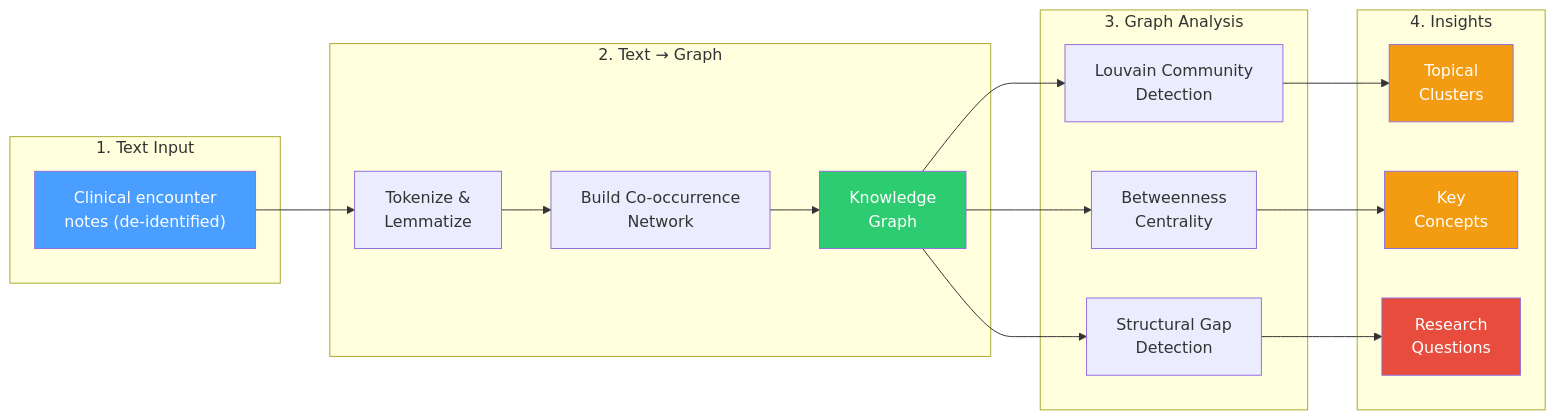
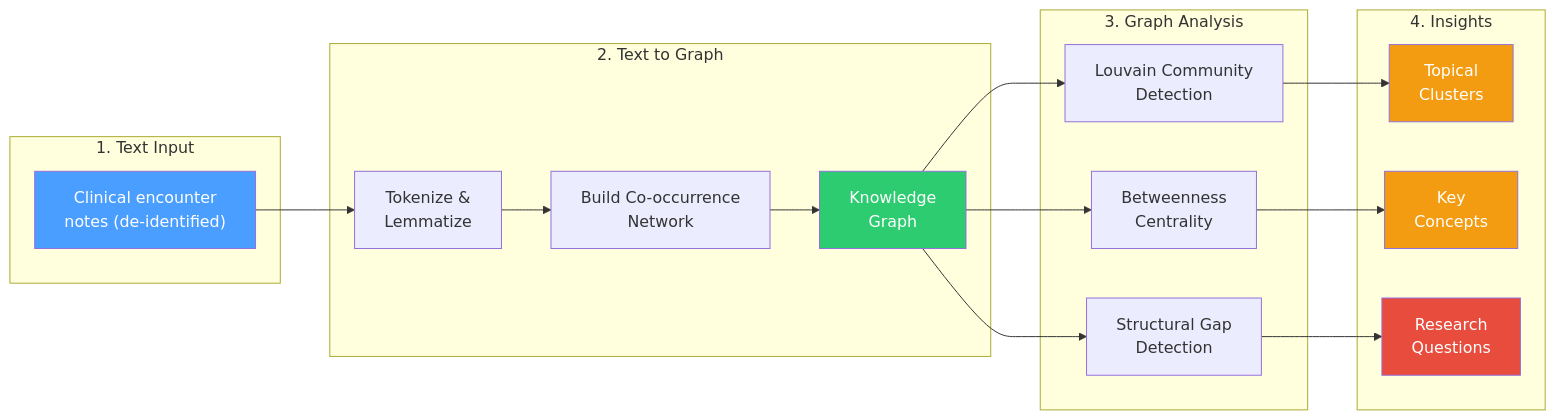
The first of 2 diagrams in docs/experiments/41-InfraNodus-Developer-Tutorial.md (ammar-utexas/demo), drawn with Mermaid before and after one commit. The commit also changed other lines of this file and 3 other files, not shown here.

````diff
--- a/docs/experiments/41-InfraNodus-Developer-Tutorial.md
+++ b/docs/experiments/41-InfraNodus-Developer-Tutorial.md
@@ -48,35 +48,35 @@
 ```mermaid
 flowchart LR
     subgraph Input["1. Text Input"]
         TEXT["Clinical encounter<br/>notes (de-identified)"]
     end
 
-    subgraph Transform["2. Text → Graph"]
+    subgraph Transform["2. Text to Graph"]
         TOK["Tokenize &<br/>Lemmatize"]
         COOC["Build Co-occurrence<br/>Network"]
         GRAPH["Knowledge<br/>Graph"]
     end
 
     subgraph Analyze["3. Graph Analysis"]
         LOUV["Louvain Community<br/>Detection"]
         CENT["Betweenness<br/>Centrality"]
         GAPS["Structural Gap<br/>Detection"]
     end
 
     subgraph Output["4. Insights"]
         CLUST["Topical<br/>Clusters"]
         KEY["Key<br/>Concepts"]
         QUEST["Research<br/>Questions"]
     end
 
     TEXT --> TOK --> COOC --> GRAPH
     GRAPH --> LOUV --> CLUST
     GRAPH --> CENT --> KEY
     GRAPH --> GAPS --> QUEST
 
     style TEXT fill:#4a9eff,color:#fff
     style GRAPH fill:#2ecc71,color:#fff
     style CLUST fill:#f39c12,color:#fff
     style KEY fill:#f39c12,color:#fff
     style QUEST fill:#e74c3c,color:#fff
 ```
````
